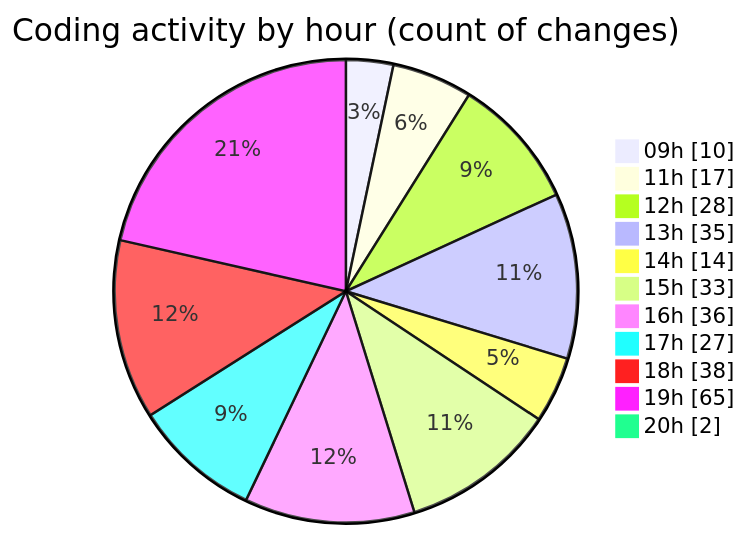
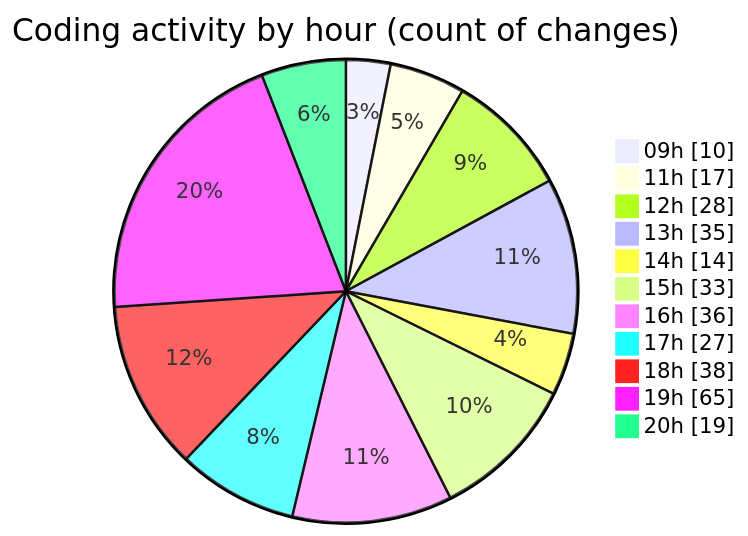
One commit to momahboobian/code-tracking changed the second of 2 diagrams in 2026-05-07/cda/README.md. Above: the diagram before and after it, drawn with Mermaid. The commit also changed other lines of this file and 1 other file, not shown here.

````diff
--- a/2026-05-07/cda/README.md
+++ b/2026-05-07/cda/README.md
@@ -60,15 +63,15 @@
 ```mermaid
 pie showData
 title Coding activity by hour (count of changes)
 "09h" : 10
 "11h" : 17
 "12h" : 28
 "13h" : 35
 "14h" : 14
 "15h" : 33
 "16h" : 36
 "17h" : 27
 "18h" : 38
 "19h" : 65
-"20h" : 2
+"20h" : 19
 ```
````
